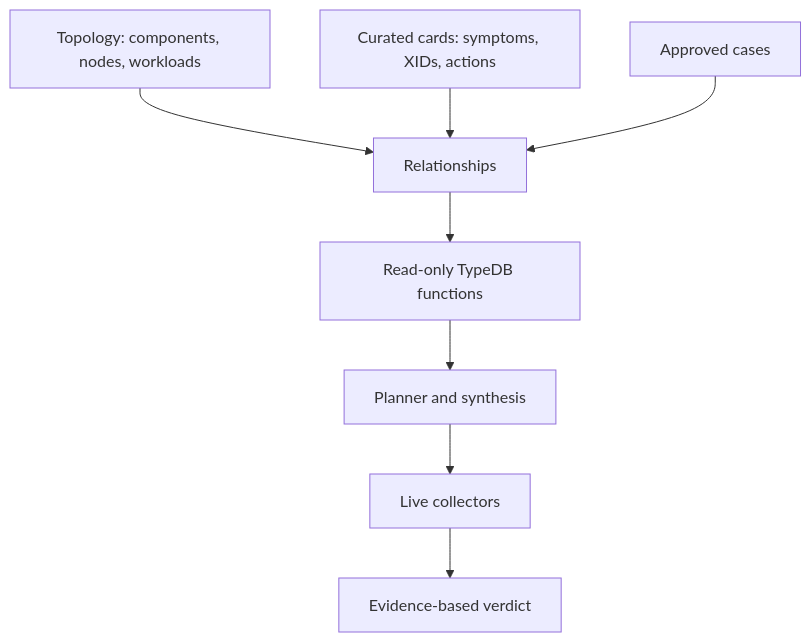
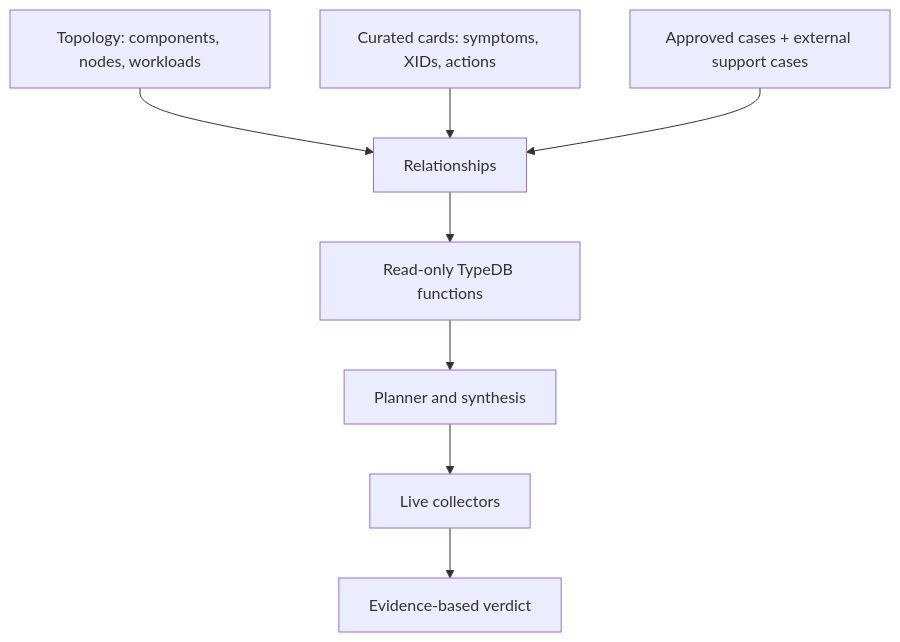
Before and after one commit to uclix-nvidia-sw/runaiRCA: the second of 5 diagrams in docs/ONTOLOGY-GUIDE.md, drawn with Mermaid. The commit also changed other lines of this file and 12 other files, not shown here.

First line of the commit message:
feat(ontology): slim the infra layer, trust external cases as knowledge, show domain runbooks

````diff
--- a/docs/ONTOLOGY-GUIDE.md
+++ b/docs/ONTOLOGY-GUIDE.md
@@ -14,10 +40,10 @@
 ```mermaid
 flowchart TB
   T[Topology: components, nodes, workloads] --> R[Relationships]
   C[Curated cards: symptoms, XIDs, actions] --> R
-  H[Approved cases] --> R
+  H[Approved cases + external support cases] --> R
   R --> Q[Read-only TypeDB functions]
   Q --> P[Planner and synthesis]
   P --> L[Live collectors]
   L --> V[Evidence-based verdict]
 ```
````
